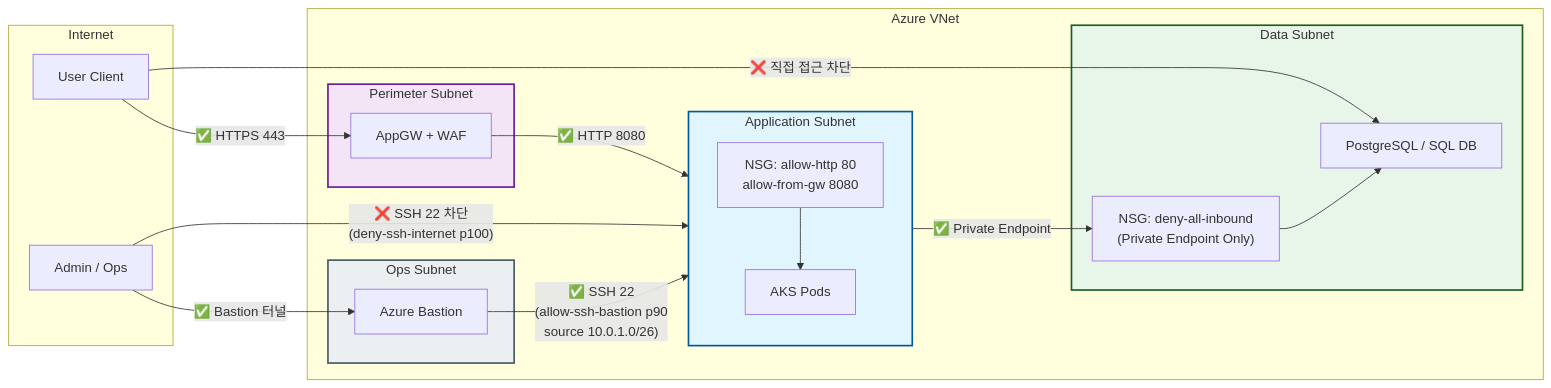
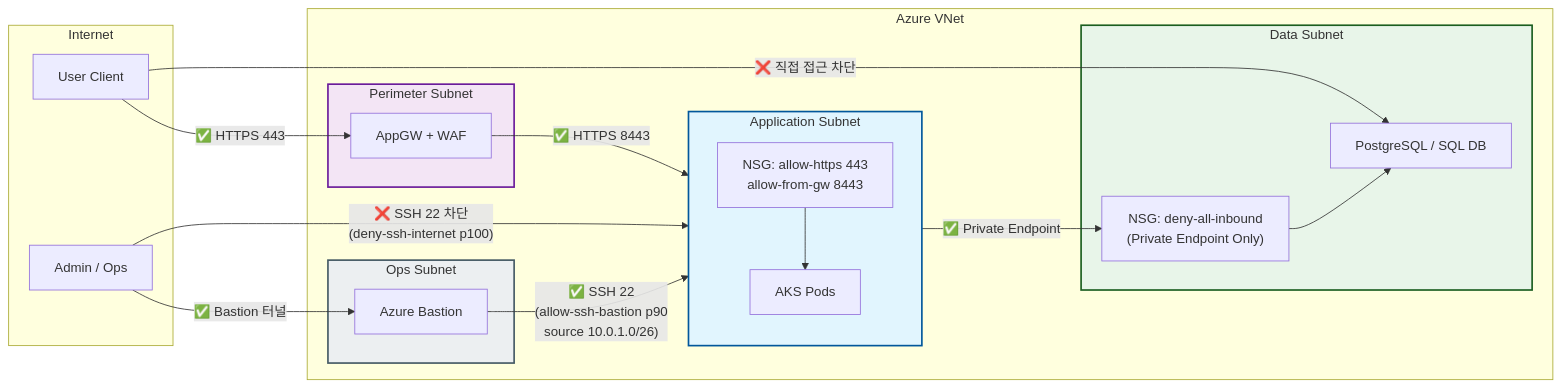
Before and after one commit to Naver-Dunamu-Merge-TF/NSC-infra: the ninth of 16 diagrams in README.md, drawn with Mermaid. The commit also changed other lines of this file, not shown here.

````diff
--- a/README.md
+++ b/README.md
@@ -1024,41 +1025,41 @@
 ```mermaid
 flowchart LR
     subgraph Internet["Internet"]
         User["User Client"]
         AdminOps["Admin / Ops"]
     end
 
     subgraph VNet["Azure VNet"]
         subgraph Perimeter["Perimeter Subnet"]
             AppGW["AppGW + WAF"]
         end
 
         subgraph App["Application Subnet"]
             direction TB
-            NSG_App["NSG: allow-http 80\nallow-from-gw 8080"]
+            NSG_App["NSG: allow-https 443\nallow-from-gw 8443"]
             AKS["AKS Pods"]
         end
 
         subgraph Ops["Ops Subnet"]
             Bastion["Azure Bastion"]
         end
 
         subgraph Data["Data Subnet"]
             NSG_Data["NSG: deny-all-inbound\n(Private Endpoint Only)"]
             DB["PostgreSQL / SQL DB"]
         end
     end
 
     User -->|"✅ HTTPS 443"| AppGW
-    AppGW -->|"✅ HTTP 8080"| NSG_App --> AKS
+    AppGW -->|"✅ HTTPS 8443"| NSG_App --> AKS
     AdminOps -->|"❌ SSH 22 차단\n(deny-ssh-internet p100)"| AKS
     AdminOps -->|"✅ Bastion 터널"| Bastion
     Bastion -->|"✅ SSH 22\n(allow-ssh-bastion p90\nsource 10.0.1.0/26)"| AKS
     AKS -->|"✅ Private Endpoint"| NSG_Data --> DB
     User -->|"❌ 직접 접근 차단"| DB
 
     style Perimeter fill:#f3e5f5,stroke:#6a1b9a,stroke-width:2px
     style App fill:#e1f5fe,stroke:#01579b,stroke-width:2px
     style Ops fill:#eceff1,stroke:#455a64,stroke-width:2px
     style Data fill:#e8f5e9,stroke:#1b5e20,stroke-width:2px
 ```
````
